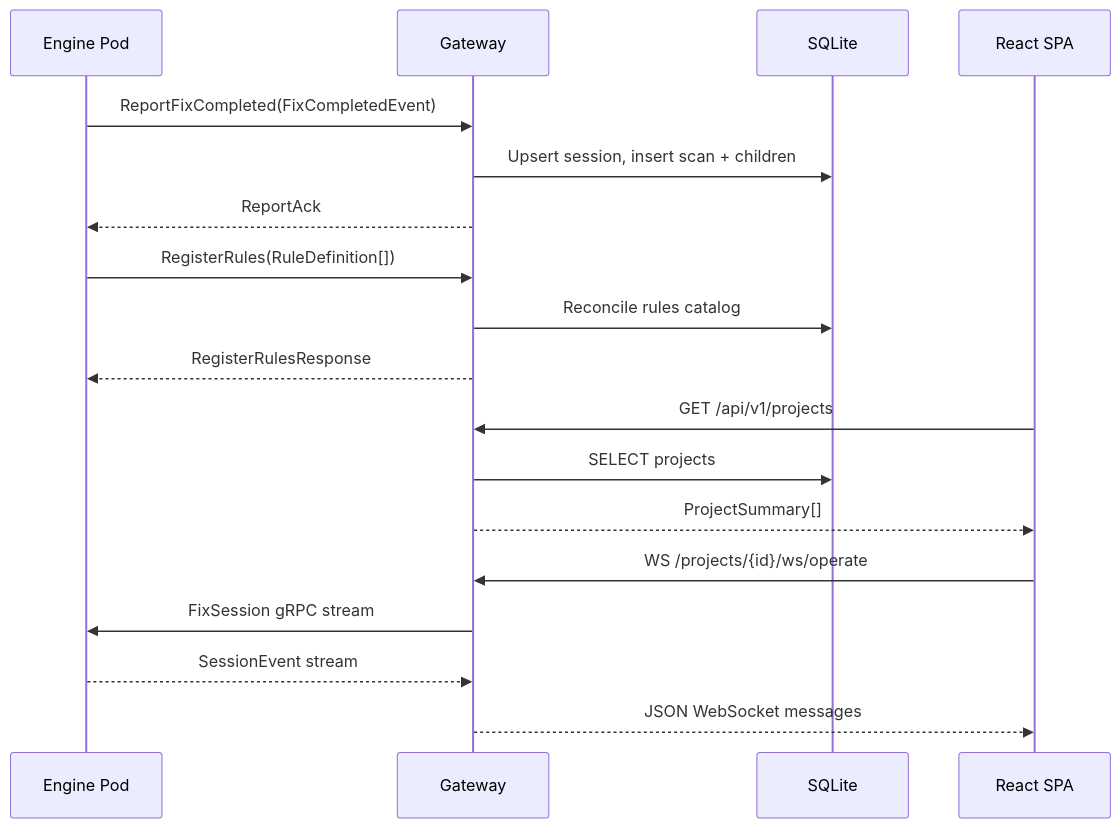
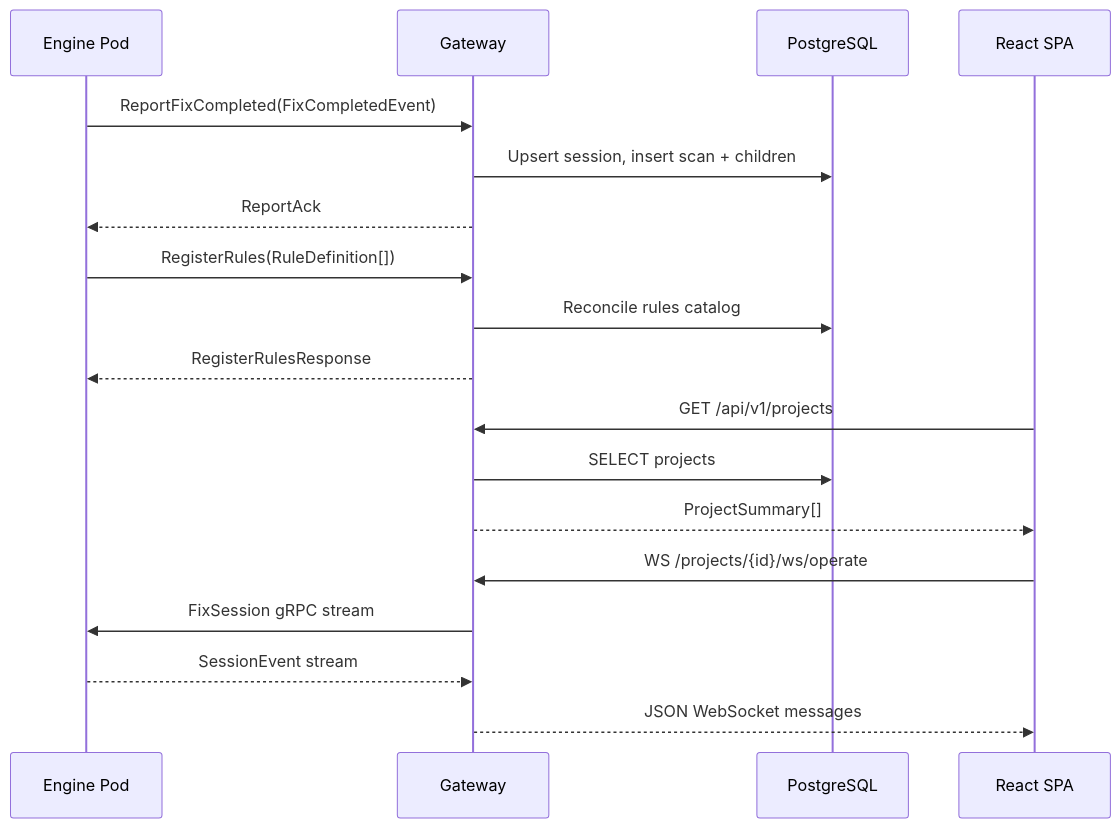
Before and after one commit to djdanielsson/apme: the third of 3 diagrams in docs/architecture/13-gateway-and-persistence.md, drawn with Mermaid. The commit also changed other lines of this file and 68 other files, not shown here.

First line of the commit message:
feat(gateway): require PostgreSQL and remove SQLite persistence (#626)

````diff
--- a/docs/architecture/13-gateway-and-persistence.md
+++ b/docs/architecture/13-gateway-and-persistence.md
@@ -289,24 +289,24 @@
 ```mermaid
 sequenceDiagram
     participant Engine as Engine Pod
     participant GW as Gateway
-    participant DB as SQLite
+    participant DB as PostgreSQL
     participant UI as React SPA
 
     Engine->>GW: ReportFixCompleted(FixCompletedEvent)
     GW->>DB: Upsert session, insert scan + children
     GW-->>Engine: ReportAck
 
     Engine->>GW: RegisterRules(RuleDefinition[])
     GW->>DB: Reconcile rules catalog
     GW-->>Engine: RegisterRulesResponse
 
     UI->>GW: GET /api/v1/projects
     GW->>DB: SELECT projects
     GW-->>UI: ProjectSummary[]
 
     UI->>GW: WS /projects/{id}/ws/operate
     GW->>Engine: FixSession gRPC stream
     Engine-->>GW: SessionEvent stream
     GW-->>UI: JSON WebSocket messages
 ```
````
